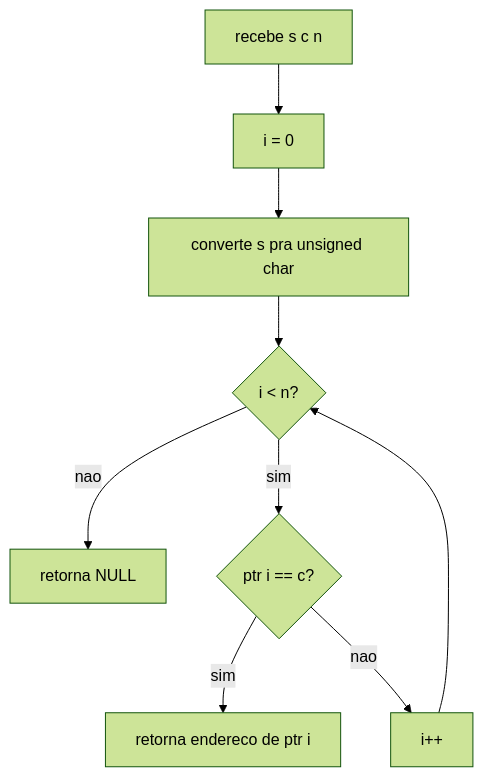
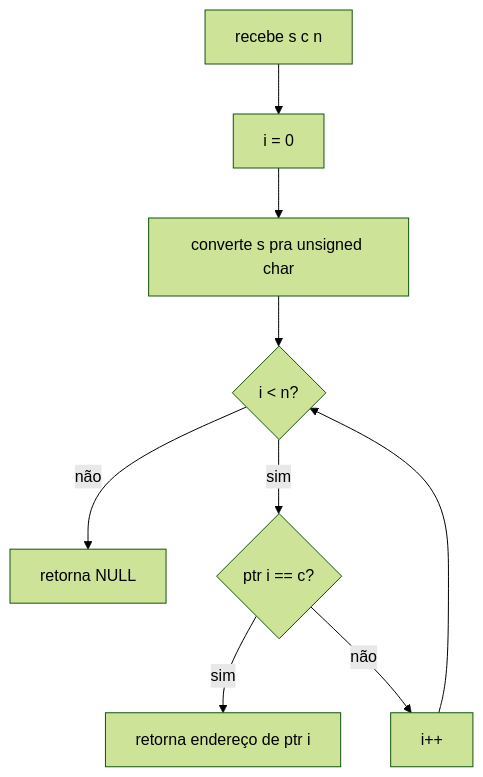
One commit to ahy-git/docs changed diagram 18 of 43 in 1-libft/Readme.md. Above: the diagram before and after it, drawn with Mermaid (forest theme). The commit also changed other lines of this file and 1 other file, not shown here.

````diff
--- a/1-libft/Readme.md
+++ b/1-libft/Readme.md
@@ -1643,11 +1575,11 @@
 ```mermaid
 flowchart TD
-	A[recebe s c n] --> B[i = 0]
-	B --> C[converte s pra unsigned char]
-	C --> D{i < n?}
-	D -- nao --> E[retorna NULL]
-	D -- sim --> F{ptr i == c?}
-	F -- sim --> G[retorna endereco de ptr i]
-	F -- nao --> H[i++]
+	A["recebe s c n"] --> B["i = 0"]
+	B --> C["converte s pra unsigned char"]
+	C --> D{"i < n?"}
+	D -- não --> E["retorna NULL"]
+	D -- sim --> F{"ptr i == c?"}
+	F -- sim --> G["retorna endereço de ptr i"]
+	F -- não --> H["i++"]
 	H --> D
 ```
````
